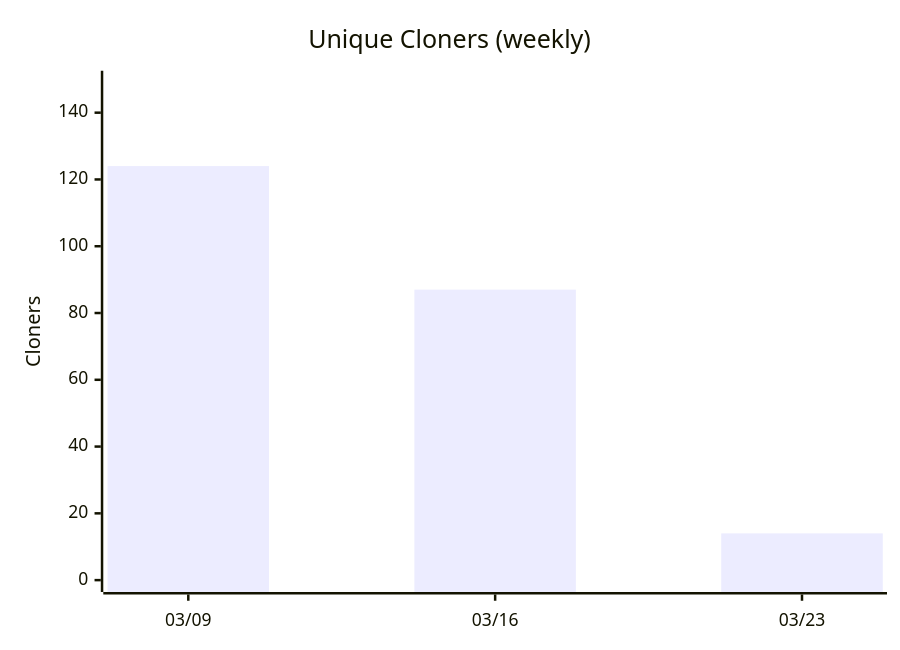
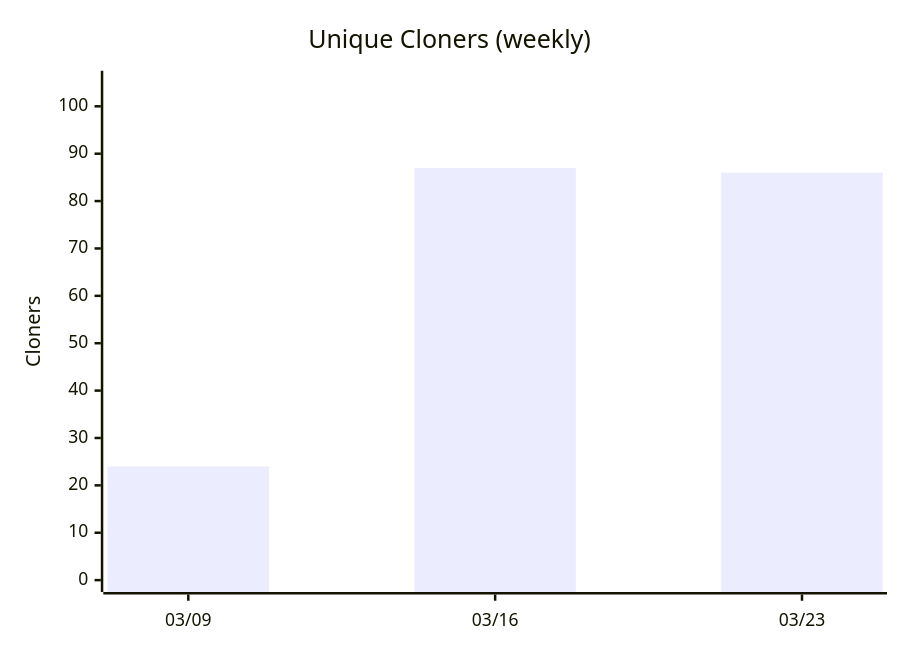
One commit to nablarch/nabledge-dev changed diagram 14 of 14 in docs/metrics.md. Above: the diagram before and after it, drawn with Mermaid. The commit also changed other lines of this file, not shown here.

````diff
--- a/docs/metrics.md
+++ b/docs/metrics.md
@@ -169,7 +169,7 @@
 ```mermaid
 xychart-beta
   title "Unique Cloners (weekly)"
   x-axis ["03/09", "03/16", "03/23"]
-  y-axis "Cloners" 0 --> 149
-  bar [124, 87, 14]
+  y-axis "Cloners" 0 --> 105
+  bar [24, 87, 86]
 ```
````
